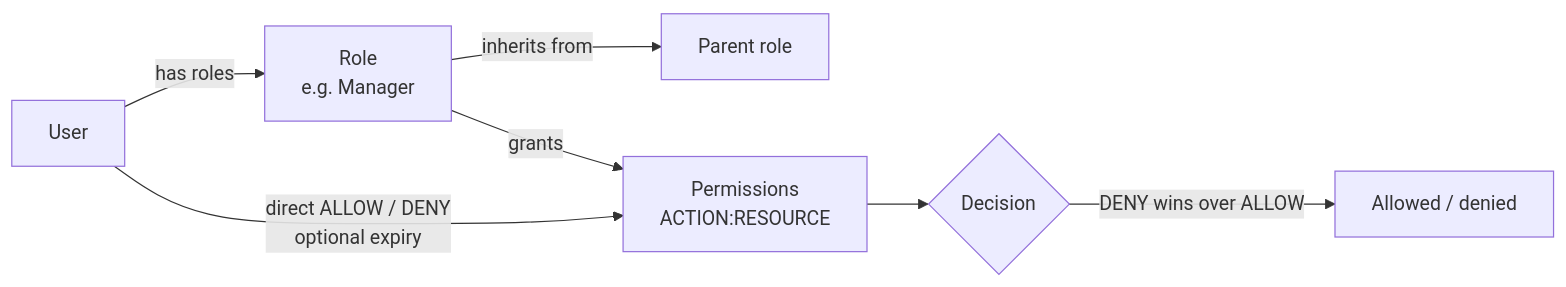
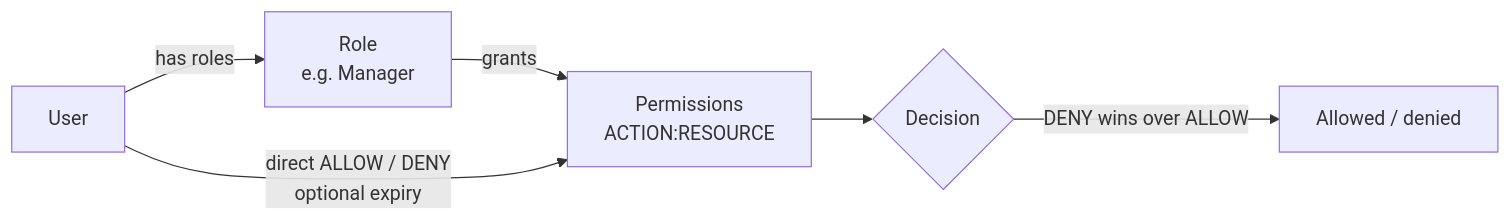
Before and after one commit to patelzz007/nestjs-nextjs-turborepo-starter-kit: the diagram in docs/user-guide/09-platform-administration.md, drawn with Mermaid. The commit also changed other lines of this file and 685 other files, not shown here.

````diff
--- a/docs/user-guide/09-platform-administration.md
+++ b/docs/user-guide/09-platform-administration.md
@@ -43,9 +43,8 @@
 ```mermaid
 flowchart LR
     U[User] -->|has roles| R[Role<br/>e.g. Manager]
-    R -->|inherits from| P[Parent role]
     R -->|grants| Pm[Permissions<br/>ACTION:RESOURCE]
     U -->|direct ALLOW / DENY<br/>optional expiry| Pm
     Pm --> D{Decision}
     D -->|DENY wins over ALLOW| X[Allowed / denied]
 ```
````
